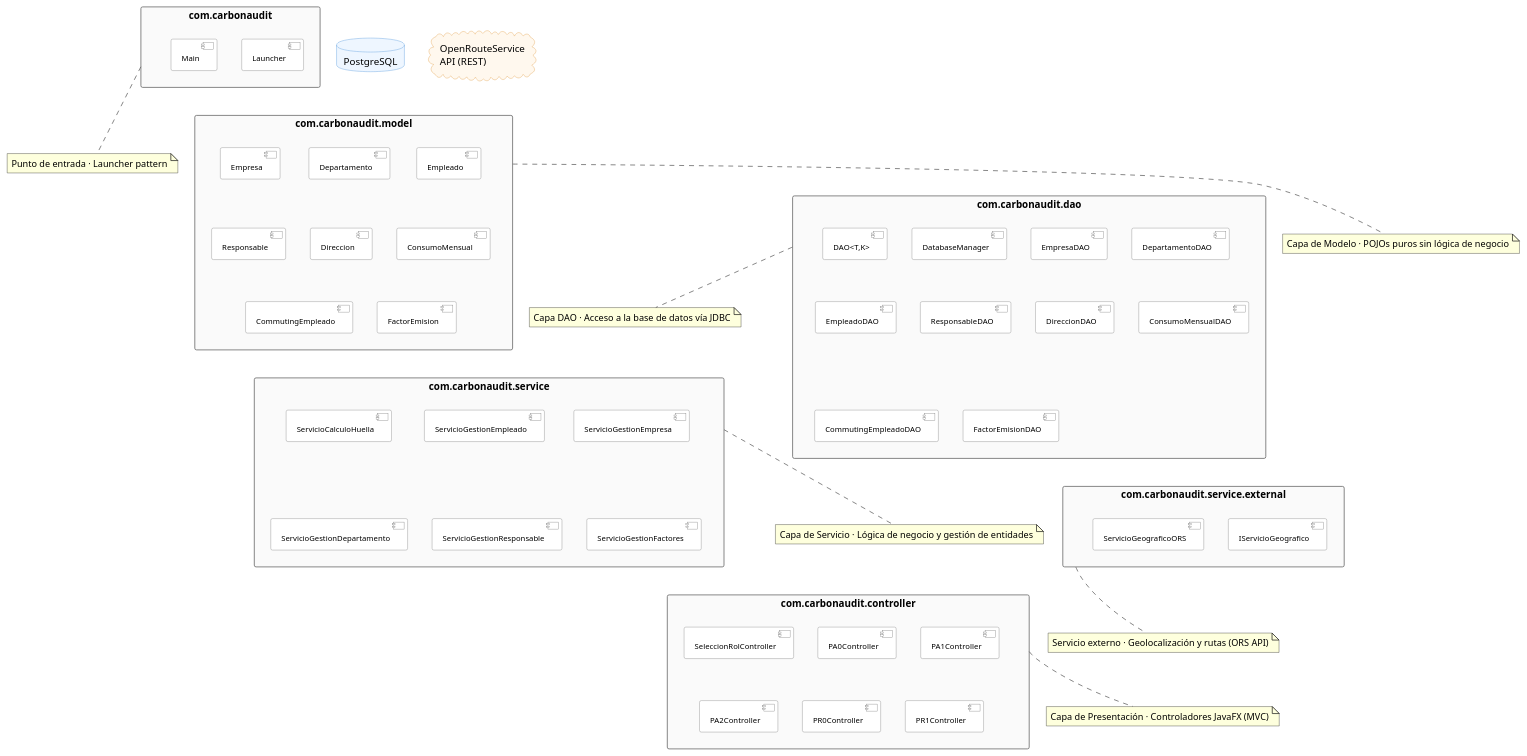
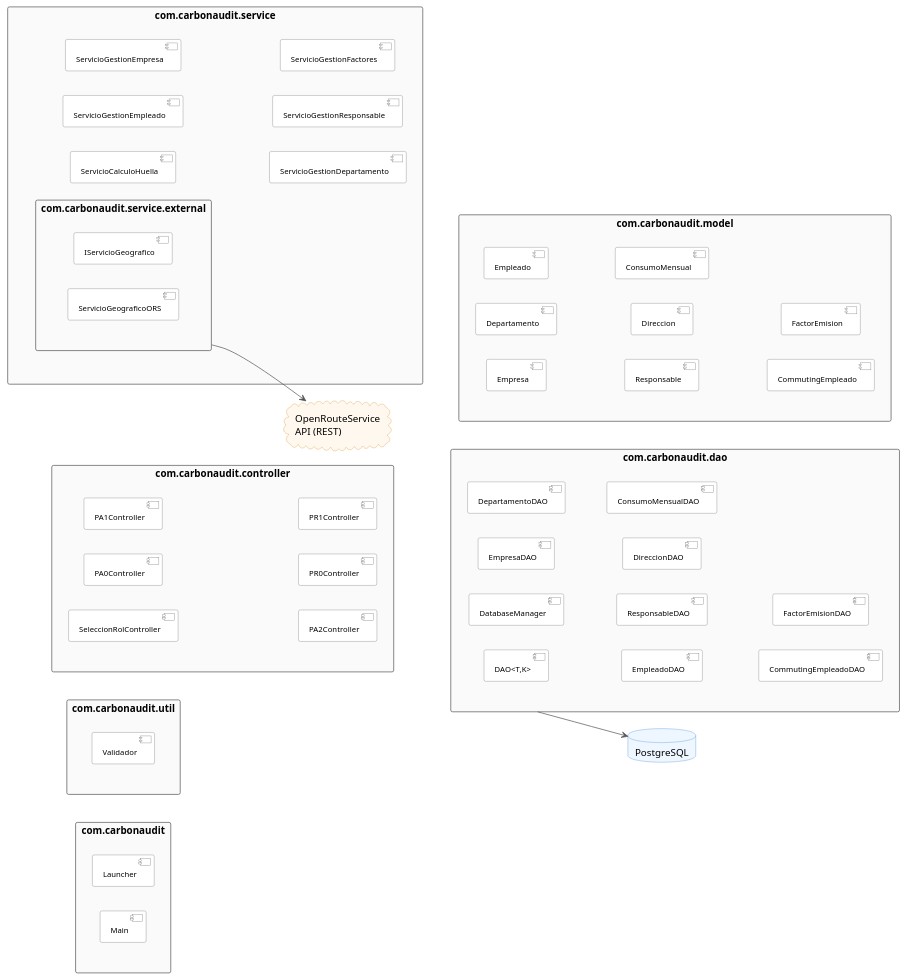
Before and after one commit to noeparamenos/carbonAudit_manager: the diagram in docs/diagrams/diagrama_paquetes.puml, drawn with PlantUML. The commit also changed 26 other files, not shown here.

First line of the commit message:
Refactor: mover validación de DAOs a capa Service y añadir pool HikariCP

```diff
--- a/docs/diagrams/diagrama_paquetes.puml
+++ b/docs/diagrams/diagrama_paquetes.puml
@@ -1,105 +1,106 @@
 @startuml Diagrama de Paquetes - CarbonAudit Manager
 
-top to bottom direction
+left to right direction
 skinparam packageStyle rectangle
 skinparam package {
     BackgroundColor #FAFAFA
     BorderColor #555
     FontStyle bold
 }
 skinparam component {
     BackgroundColor White
     BorderColor #777
     FontSize 11
 }
 skinparam database {
     BackgroundColor #EEF6FF
     BorderColor #4A90D9
 }
 skinparam cloud {
     BackgroundColor #FFF8EE
     BorderColor #E0963A
 }
 skinparam arrow {
     Color #555
     FontSize 10
 }
 skinparam shadowing false
 
 ' ========================= PAQUETES INTERNOS =========================
 
 package "com.carbonaudit" as Root {
     [Launcher]
     [Main]
 }
 
-package "com.carbonaudit.model" as Model {
-    [Empresa]
-    [Departamento]
-    [Empleado]
-    [Responsable]
-    [Direccion]
-    [ConsumoMensual]
-    [CommutingEmpleado]
-    [FactorEmision]
+package "com.carbonaudit.controller" as Controller {
+    [SeleccionRolController]
+    [PA0Controller]
+    [PA1Controller]
+    [PA2Controller]
+    [PR0Controller]
+    [PR1Controller]
+}
+
+package "com.carbonaudit.service" as Service {
+    [ServicioCalculoHuella]
+    [ServicioGestionEmpleado]
+    [ServicioGestionEmpresa]
+    [ServicioGestionDepartamento]
+    [ServicioGestionResponsable]
+    [ServicioGestionFactores]
+
+    package "com.carbonaudit.service.external" as ServiceExt {
+        [IServicioGeografico]
+        [ServicioGeograficoORS]
+    }
+}
+
+package "com.carbonaudit.util" as Util {
+    [Validador]
 }
 
 package "com.carbonaudit.dao" as Dao {
     [DAO<T,K>]
     [DatabaseManager]
     [EmpresaDAO]
     [DepartamentoDAO]
     [EmpleadoDAO]
     [ResponsableDAO]
     [DireccionDAO]
     [ConsumoMensualDAO]
     [CommutingEmpleadoDAO]
     [FactorEmisionDAO]
 }
 
-package "com.carbonaudit.service" as Service {
-    [ServicioCalculoHuella]
-    [ServicioGestionEmpleado]
-    [ServicioGestionEmpresa]
-    [ServicioGestionDepartamento]
-    [ServicioGestionResponsable]
-    [ServicioGestionFactores]
-}
-
-package "com.carbonaudit.service.external" as ServiceExt {
-    [IServicioGeografico]
-    [ServicioGeograficoORS]
-}
-
-package "com.carbonaudit.controller" as Controller {
-    [SeleccionRolController]
-    [PA0Controller]
-    [PA1Controller]
-    [PA2Controller]
-    [PR0Controller]
-    [PR1Controller]
+package "com.carbonaudit.model" as Model {
+    [Empresa]
+    [Departamento]
+    [Empleado]
+    [Responsable]
+    [Direccion]
+    [ConsumoMensual]
+    [CommutingEmpleado]
+    [FactorEmision]
 }
 
 ' ========================= SISTEMAS EXTERNOS =========================
 
 database "PostgreSQL" as DB
 cloud "OpenRouteService\nAPI (REST)" as ORS
 
-' ========================= ORDEN VERTICAL (enlaces ocultos) ==========
+' ========================= ORDEN HORIZONTAL (enlaces ocultos) ========
 
-Root       -[hidden]d-> Model
-Model      -[hidden]d-> Dao
-Dao        -[hidden]d-> Service
-Service    -[hidden]d-> ServiceExt
-ServiceExt -[hidden]d-> Controller
+Root       -[hidden]r-> Controller
+Controller -[hidden]r-> Service
+Service    -[hidden]r-> Util
+Util       -[hidden]r-> Dao
+Dao        -[hidden]r-> Model
 
-' ========================= NOTAS DESCRIPTIVAS =========================
+' ========================= DEPENDENCIAS CON SISTEMAS EXTERNOS =========
 
-note bottom of Root       : Punto de entrada · Launcher pattern
-note bottom of Model      : Capa de Modelo · POJOs puros sin lógica de negocio
-note bottom of Dao        : Capa DAO · Acceso a la base de datos vía JDBC
-note bottom of Service    : Capa de Servicio · Lógica de negocio y gestión de entidades
-note bottom of ServiceExt : Servicio externo · Geolocalización y rutas (ORS API)
-note bottom of Controller : Capa de Presentación · Controladores JavaFX (MVC)
+Dao        --> DB
+ServiceExt --> ORS
+
 
 @enduml
```
